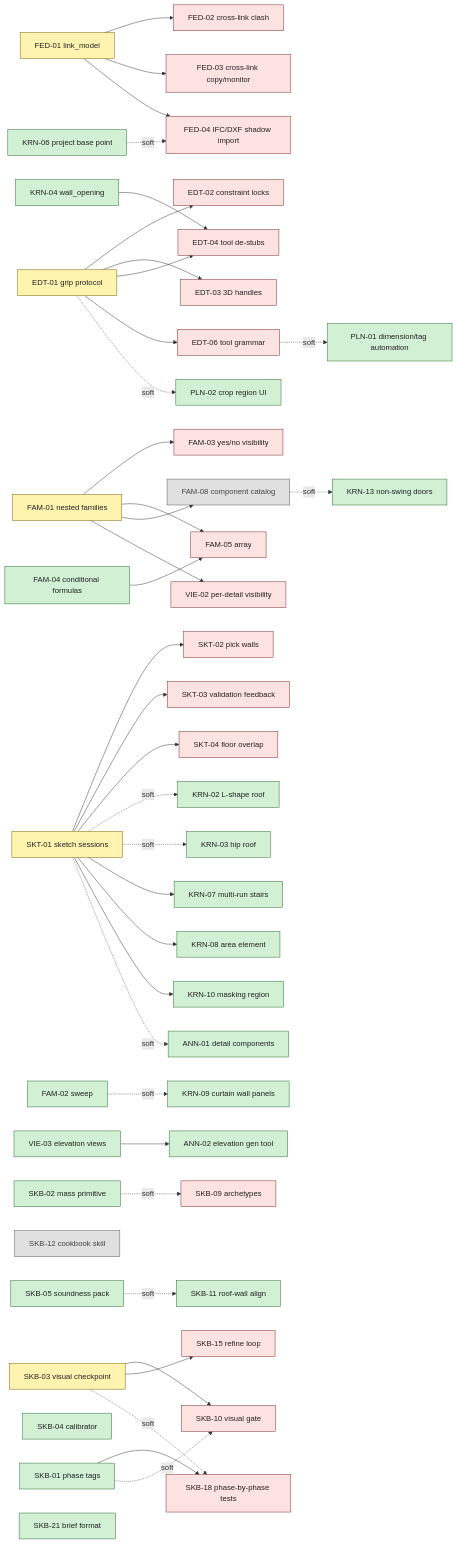
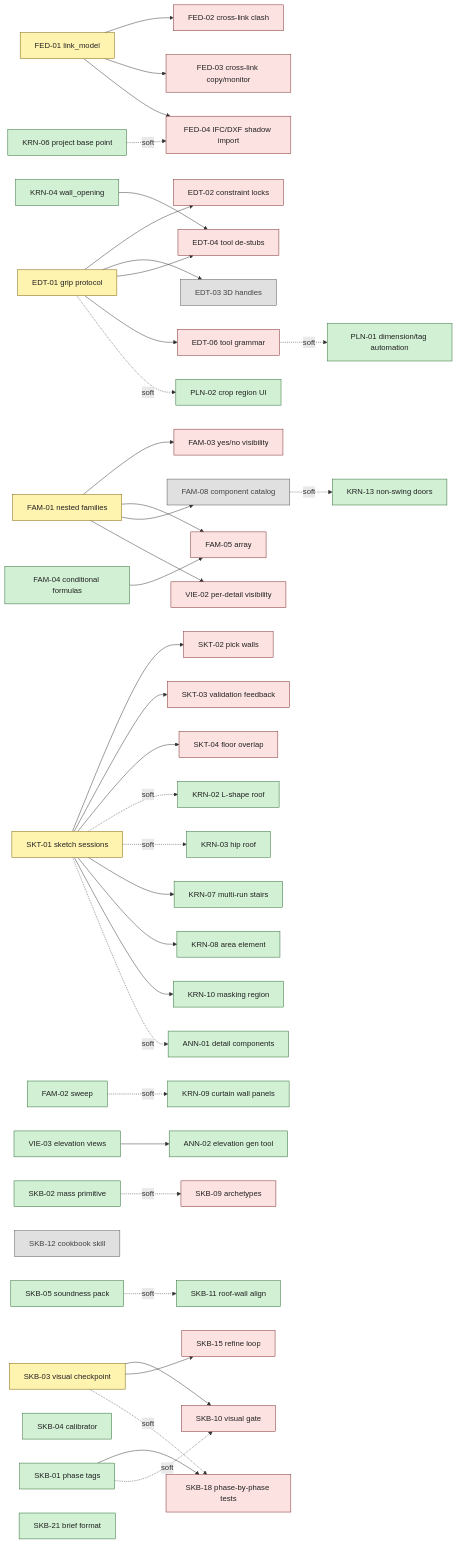
Before and after one commit to jhoetter/bim-ai: the diagram in spec/workpackage-master-tracker.md, drawn with Mermaid. The commit also changed other lines of this file and 9 other files, not shown here.

```diff
--- a/spec/workpackage-master-tracker.md
+++ b/spec/workpackage-master-tracker.md
@@ -63,7 +63,7 @@
 
   EDT01[EDT-01 grip protocol]:::keystone
   EDT02[EDT-02 constraint locks]:::blocked
-  EDT03[EDT-03 3D handles]:::blocked
+  EDT03[EDT-03 3D handles]:::done
   EDT04[EDT-04 tool de-stubs]:::blocked
   EDT06[EDT-06 tool grammar]:::blocked
 
```
